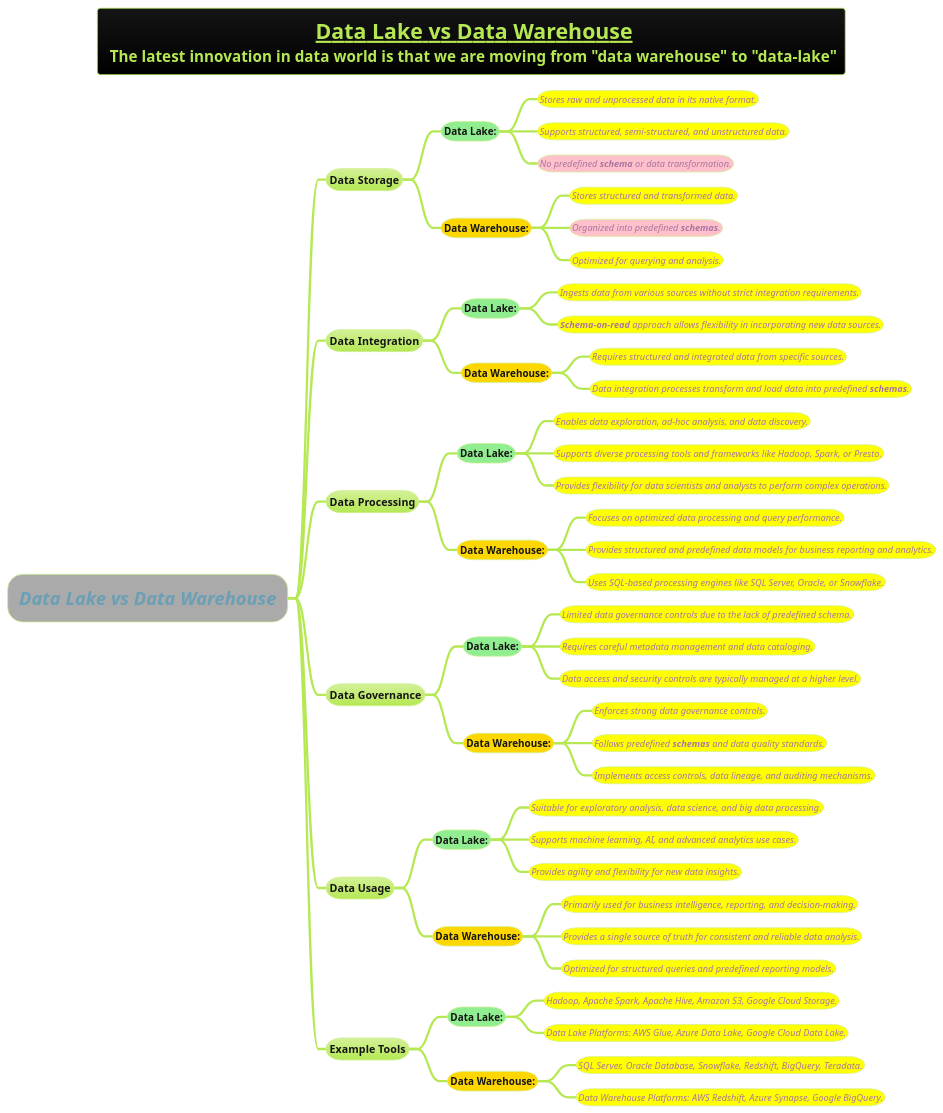
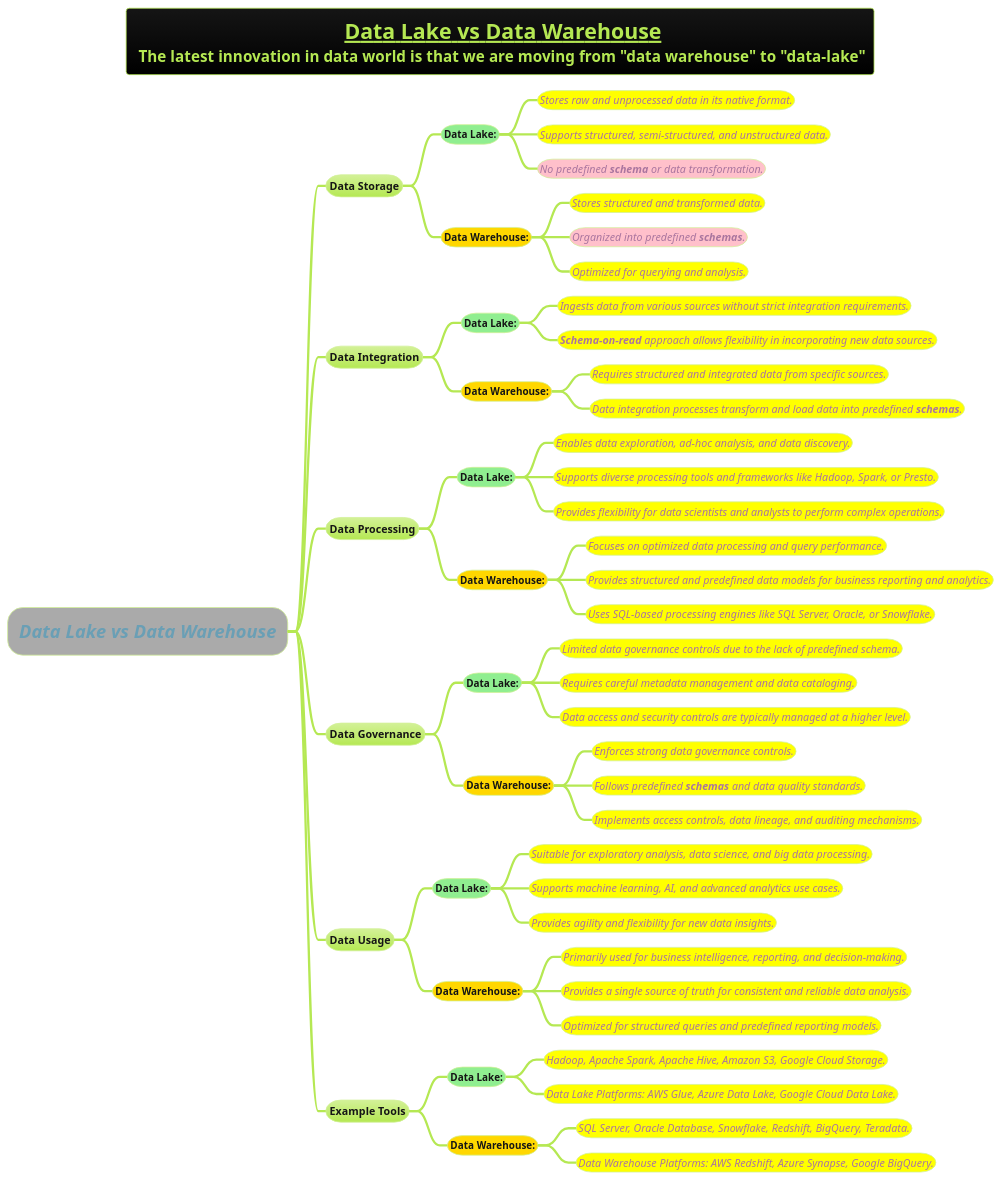
Before and after one commit to MehmoodHashmi/Documentation-as-Code-DaC: the diagram in docs/AI-ML- DL-Data-Science-and-BigData/data-science/data-engineering/data-storage-and-management/Data-Lake-vs-Data-Warehouse.puml, drawn with PlantUML. The commit also changed 5 other files, not shown here.

```diff
--- a/docs/AI-ML- DL-Data-Science-and-BigData/data-science/data-engineering/data-storage-and-management/Data-Lake-vs-Data-Warehouse.puml
+++ b/docs/AI-ML- DL-Data-Science-and-BigData/data-science/data-engineering/data-storage-and-management/Data-Lake-vs-Data-Warehouse.puml
@@ -1,56 +1,56 @@
 @startmindmap
 title =__ Data Lake vs Data Warehouse__\n The latest innovation in data world is that we are moving from "data warehouse" to "data-lake"
 !theme hacker
 
 *[#a] =//Data Lake vs Data Warehouse//
 ** Data Storage
 ***[#lightgreen] ===Data Lake:
-****[#yellow] ====<size:12>Stores raw and unprocessed data in its native format.
-****[#yellow] ====<size:12>Supports structured, semi-structured, and unstructured data.
-****[#pink] ====<size:12>No predefined **schema** or data transformation.
+****[#yellow] ====<size:14>Stores raw and unprocessed data in its native format.
+****[#yellow] ====<size:14>Supports structured, semi-structured, and unstructured data.
+****[#pink] ====<size:14>No predefined **schema** or data transformation.
 ***[#gold] ===Data Warehouse:
-****[#yellow] ====<size:12>Stores structured and transformed data.
-****[#pink] ====<size:12>Organized into predefined **schemas**.
-****[#yellow] ====<size:12>Optimized for querying and analysis.
+****[#yellow] ====<size:14>Stores structured and transformed data.
+****[#pink] ====<size:14>Organized into predefined **schemas**.
+****[#yellow] ====<size:14>Optimized for querying and analysis.
 ** Data Integration
 ***[#lightgreen] ===Data Lake:
-****[#yellow] ====<size:12>Ingests data from various sources without strict integration requirements.
-****[#yellow] ====<size:12>**Schema-on-read** approach allows flexibility in incorporating new data sources.
+****[#yellow] ====<size:14>Ingests data from various sources without strict integration requirements.
+****[#yellow] ====<size:14>**Schema-on-read** approach allows flexibility in incorporating new data sources.
 ***[#gold] ===Data Warehouse:
-****[#yellow] ====<size:12>Requires structured and integrated data from specific sources.
-****[#yellow] ====<size:12>Data integration processes transform and load data into predefined **schemas**.
+****[#yellow] ====<size:14>Requires structured and integrated data from specific sources.
+****[#yellow] ====<size:14>Data integration processes transform and load data into predefined **schemas**.
 ** Data Processing
 ***[#lightgreen] ===Data Lake:
-****[#yellow] ====<size:12>Enables data exploration, ad-hoc analysis, and data discovery.
-****[#yellow] ====<size:12>Supports diverse processing tools and frameworks like Hadoop, Spark, or Presto.
-****[#yellow] ====<size:12>Provides flexibility for data scientists and analysts to perform complex operations.
+****[#yellow] ====<size:14>Enables data exploration, ad-hoc analysis, and data discovery.
+****[#yellow] ====<size:14>Supports diverse processing tools and frameworks like Hadoop, Spark, or Presto.
+****[#yellow] ====<size:14>Provides flexibility for data scientists and analysts to perform complex operations.
 ***[#gold] ===Data Warehouse:
-****[#yellow] ====<size:12>Focuses on optimized data processing and query performance.
-****[#yellow] ====<size:12>Provides structured and predefined data models for business reporting and analytics.
-****[#yellow] ====<size:12>Uses SQL-based processing engines like SQL Server, Oracle, or Snowflake.
+****[#yellow] ====<size:14>Focuses on optimized data processing and query performance.
+****[#yellow] ====<size:14>Provides structured and predefined data models for business reporting and analytics.
+****[#yellow] ====<size:14>Uses SQL-based processing engines like SQL Server, Oracle, or Snowflake.
 ** Data Governance
 ***[#lightgreen] ===Data Lake:
-****[#yellow] ====<size:12>Limited data governance controls due to the lack of predefined schema.
-****[#yellow] ====<size:12>Requires careful metadata management and data cataloging.
-****[#yellow] ====<size:12>Data access and security controls are typically managed at a higher level.
+****[#yellow] ====<size:14>Limited data governance controls due to the lack of predefined schema.
+****[#yellow] ====<size:14>Requires careful metadata management and data cataloging.
+****[#yellow] ====<size:14>Data access and security controls are typically managed at a higher level.
 ***[#gold] ===Data Warehouse:
-****[#yellow] ====<size:12>Enforces strong data governance controls.
-****[#yellow] ====<size:12>Follows predefined **schemas** and data quality standards.
-****[#yellow] ====<size:12>Implements access controls, data lineage, and auditing mechanisms.
+****[#yellow] ====<size:14>Enforces strong data governance controls.
+****[#yellow] ====<size:14>Follows predefined **schemas** and data quality standards.
+****[#yellow] ====<size:14>Implements access controls, data lineage, and auditing mechanisms.
 ** Data Usage
 ***[#lightgreen] ===Data Lake:
-****[#yellow] ====<size:12>Suitable for exploratory analysis, data science, and big data processing.
-****[#yellow] ====<size:12>Supports machine learning, AI, and advanced analytics use cases.
-****[#yellow] ====<size:12>Provides agility and flexibility for new data insights.
+****[#yellow] ====<size:14>Suitable for exploratory analysis, data science, and big data processing.
+****[#yellow] ====<size:14>Supports machine learning, AI, and advanced analytics use cases.
+****[#yellow] ====<size:14>Provides agility and flexibility for new data insights.
 ***[#gold] ===Data Warehouse:
-****[#yellow] ====<size:12>Primarily used for business intelligence, reporting, and decision-making.
-****[#yellow] ====<size:12>Provides a single source of truth for consistent and reliable data analysis.
-****[#yellow] ====<size:12>Optimized for structured queries and predefined reporting models.
+****[#yellow] ====<size:14>Primarily used for business intelligence, reporting, and decision-making.
+****[#yellow] ====<size:14>Provides a single source of truth for consistent and reliable data analysis.
+****[#yellow] ====<size:14>Optimized for structured queries and predefined reporting models.
 ** Example Tools
 ***[#lightgreen] ===Data Lake:
-****[#yellow] ====<size:12>Hadoop, Apache Spark, Apache Hive, Amazon S3, Google Cloud Storage.
-****[#yellow] ====<size:12>Data Lake Platforms: AWS Glue, Azure Data Lake, Google Cloud Data Lake.
+****[#yellow] ====<size:14>Hadoop, Apache Spark, Apache Hive, Amazon S3, Google Cloud Storage.
+****[#yellow] ====<size:14>Data Lake Platforms: AWS Glue, Azure Data Lake, Google Cloud Data Lake.
 ***[#gold] ===Data Warehouse:
-****[#yellow] ====<size:12>SQL Server, Oracle Database, Snowflake, Redshift, BigQuery, Teradata.
-****[#yellow] ====<size:12>Data Warehouse Platforms: AWS Redshift, Azure Synapse, Google BigQuery.
+****[#yellow] ====<size:14>SQL Server, Oracle Database, Snowflake, Redshift, BigQuery, Teradata.
+****[#yellow] ====<size:14>Data Warehouse Platforms: AWS Redshift, Azure Synapse, Google BigQuery.
 @endmindmap
```
